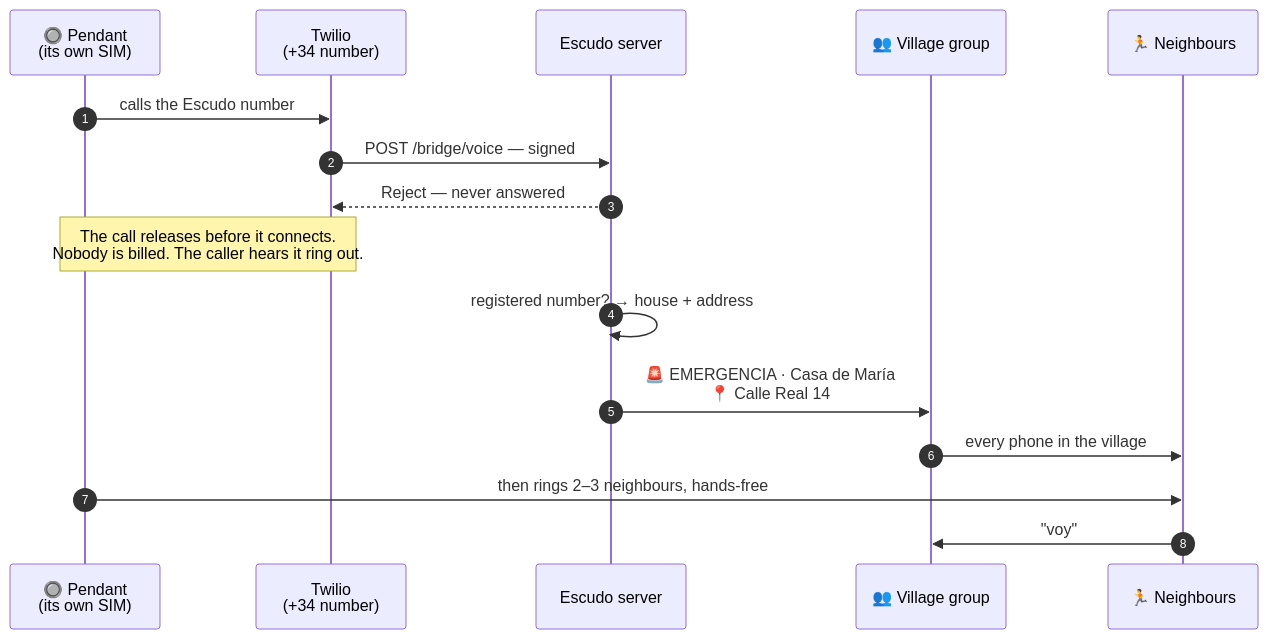
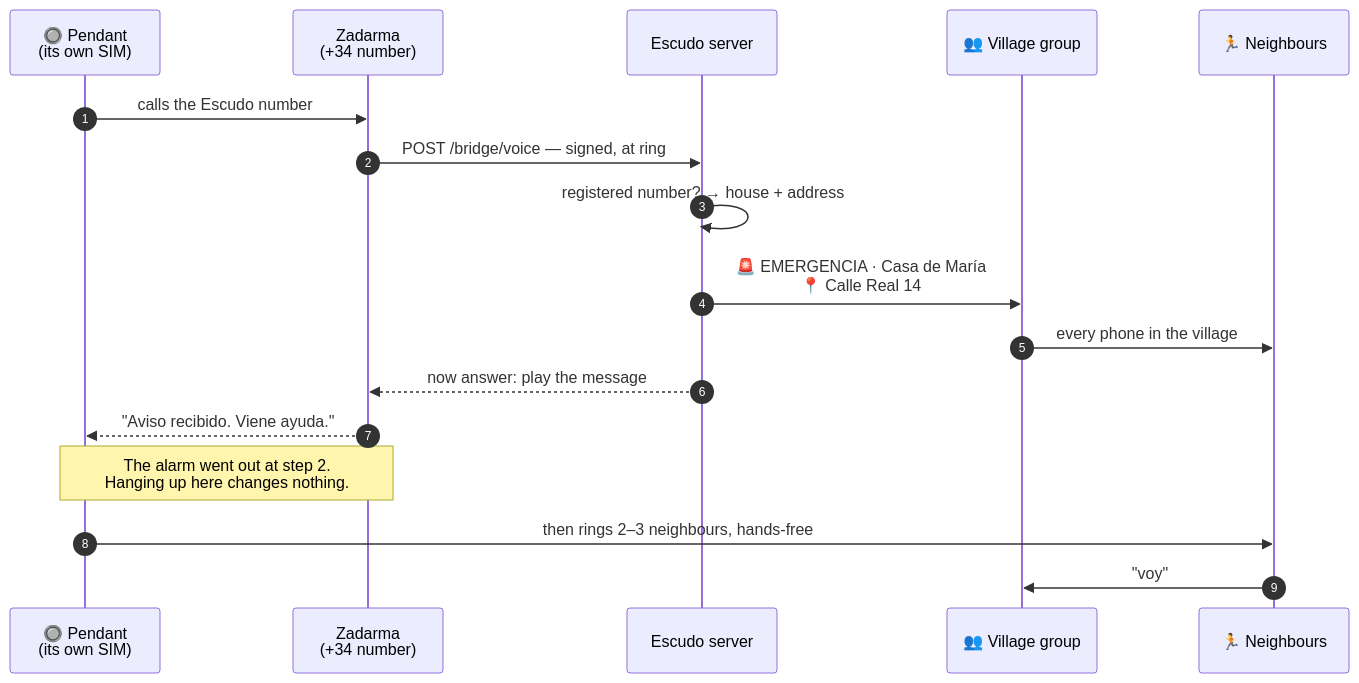
One commit to jpincas/escudo changed the diagram in website/content/en/technology/devices/the-escudo-number.md. Above: the diagram before and after it, drawn with Mermaid. The commit also changed other lines of this file and 18 other files, not shown here.

````diff
--- a/website/content/en/technology/devices/the-escudo-number.md
+++ b/website/content/en/technology/devices/the-escudo-number.md
@@ -32,19 +42,20 @@
 ```mermaid
 sequenceDiagram
   autonumber
   participant D as 🔘 Pendant<br/>(its own SIM)
-  participant T as Twilio<br/>(+34 number)
+  participant T as Zadarma<br/>(+34 number)
   participant S as Escudo server
   participant G as 👥 Village group
   participant N as 🏃 Neighbours
 
   D->>T: calls the Escudo number
-  T->>S: POST /bridge/voice — signed
-  S-->>T: Reject — never answered
-  Note over D,T: The call releases before it connects.<br/>Nobody is billed. The caller hears it ring out.
+  T->>S: POST /bridge/voice — signed, at ring
   S->>S: registered number? → house + address
   S->>G: 🚨 EMERGENCIA · Casa de María<br/>📍 Calle Real 14
   G->>N: every phone in the village
+  S-->>T: now answer: play the message
+  T-->>D: "Aviso recibido. Viene ayuda."
+  Note over D,T: The alarm went out at step 2.<br/>Hanging up here changes nothing.
   D->>N: then rings 2–3 neighbours, hands-free
   N->>G: "voy"
 ```
````
